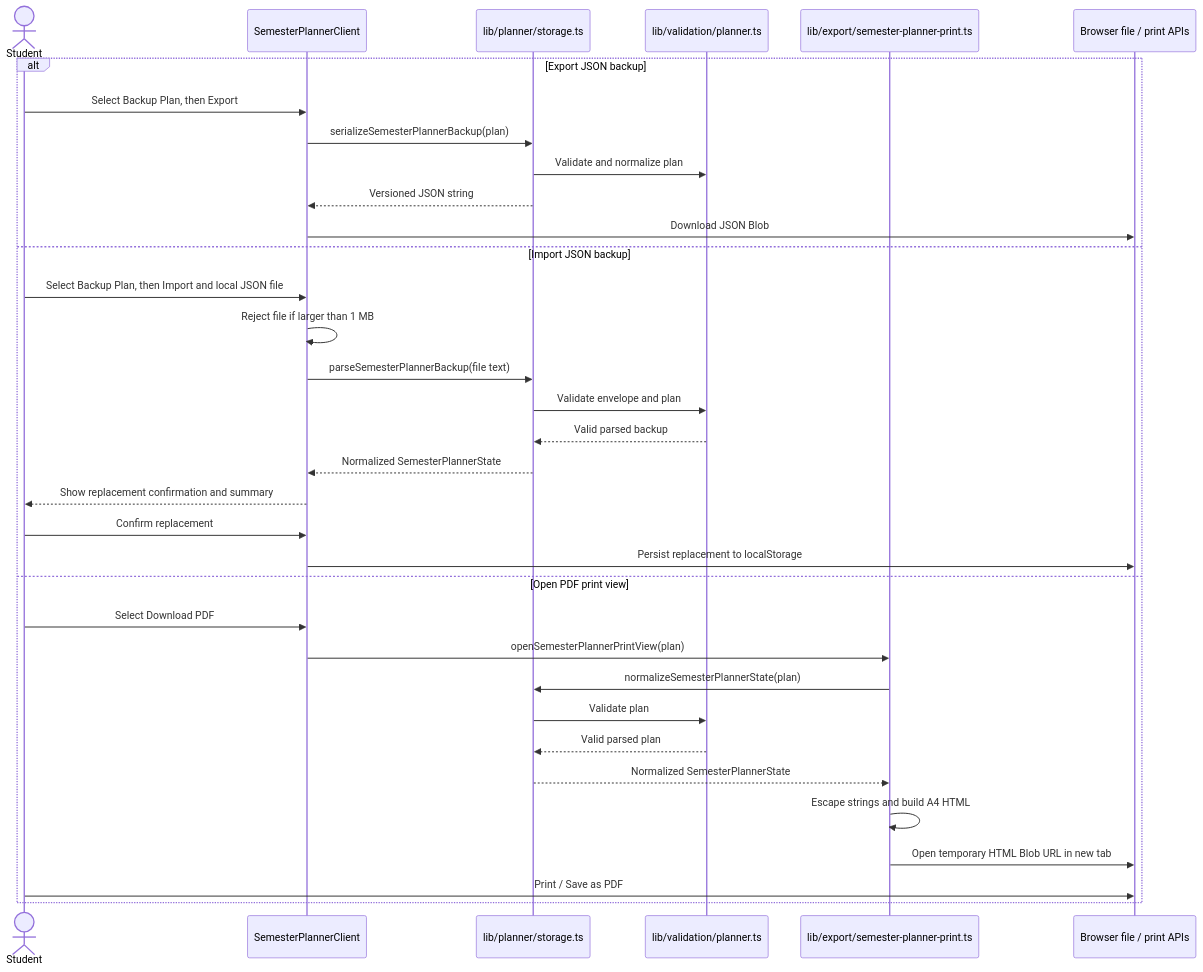
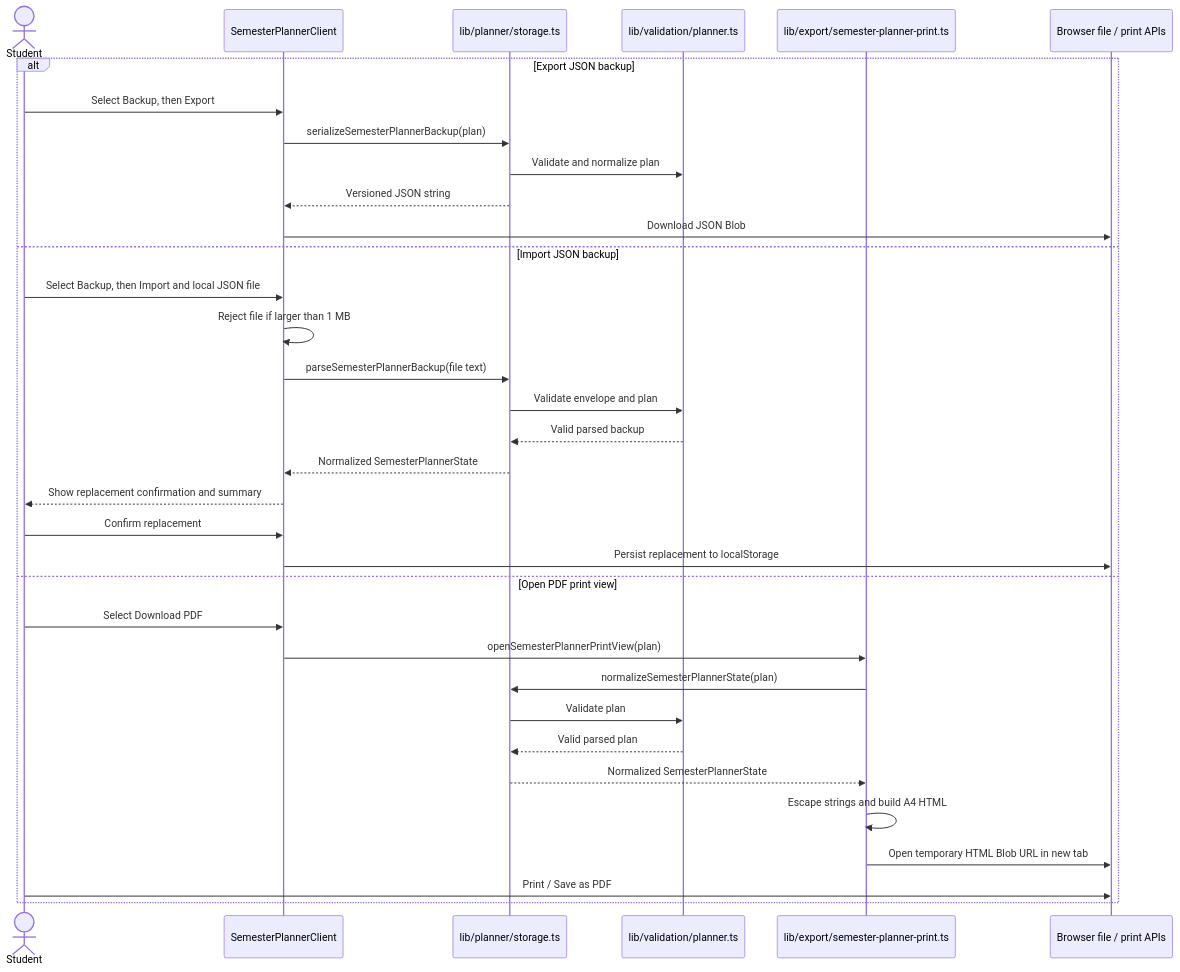
Diagram 14 of 18 in docs/DeveloperGuide.md (lester-td/SUSSplanner), drawn with Mermaid before and after one commit. The commit also changed other lines of this file and 15 other files, not shown here.

````diff
--- a/docs/DeveloperGuide.md
+++ b/docs/DeveloperGuide.md
@@ -1313,37 +1317,37 @@
 ```mermaid
 sequenceDiagram
     actor Student
     participant UI as SemesterPlannerClient
     participant Storage as lib/planner/storage.ts
     participant Validation as lib/validation/planner.ts
     participant Print as lib/export/semester-planner-print.ts
     participant Browser as Browser file / print APIs
 
     alt Export JSON backup
-        Student->>UI: Select Backup Plan, then Export
+        Student->>UI: Select Backup, then Export
         UI->>Storage: serializeSemesterPlannerBackup(plan)
         Storage->>Validation: Validate and normalize plan
         Storage-->>UI: Versioned JSON string
         UI->>Browser: Download JSON Blob
     else Import JSON backup
-        Student->>UI: Select Backup Plan, then Import and local JSON file
+        Student->>UI: Select Backup, then Import and local JSON file
         UI->>UI: Reject file if larger than 1 MB
         UI->>Storage: parseSemesterPlannerBackup(file text)
         Storage->>Validation: Validate envelope and plan
         Validation-->>Storage: Valid parsed backup
         Storage-->>UI: Normalized SemesterPlannerState
         UI-->>Student: Show replacement confirmation and summary
         Student->>UI: Confirm replacement
         UI->>Browser: Persist replacement to localStorage
     else Open PDF print view
         Student->>UI: Select Download PDF
         UI->>Print: openSemesterPlannerPrintView(plan)
         Print->>Storage: normalizeSemesterPlannerState(plan)
         Storage->>Validation: Validate plan
         Validation-->>Storage: Valid parsed plan
         Storage-->>Print: Normalized SemesterPlannerState
         Print->>Print: Escape strings and build A4 HTML
         Print->>Browser: Open temporary HTML Blob URL in new tab
         Student->>Browser: Print / Save as PDF
     end
 ```
````
